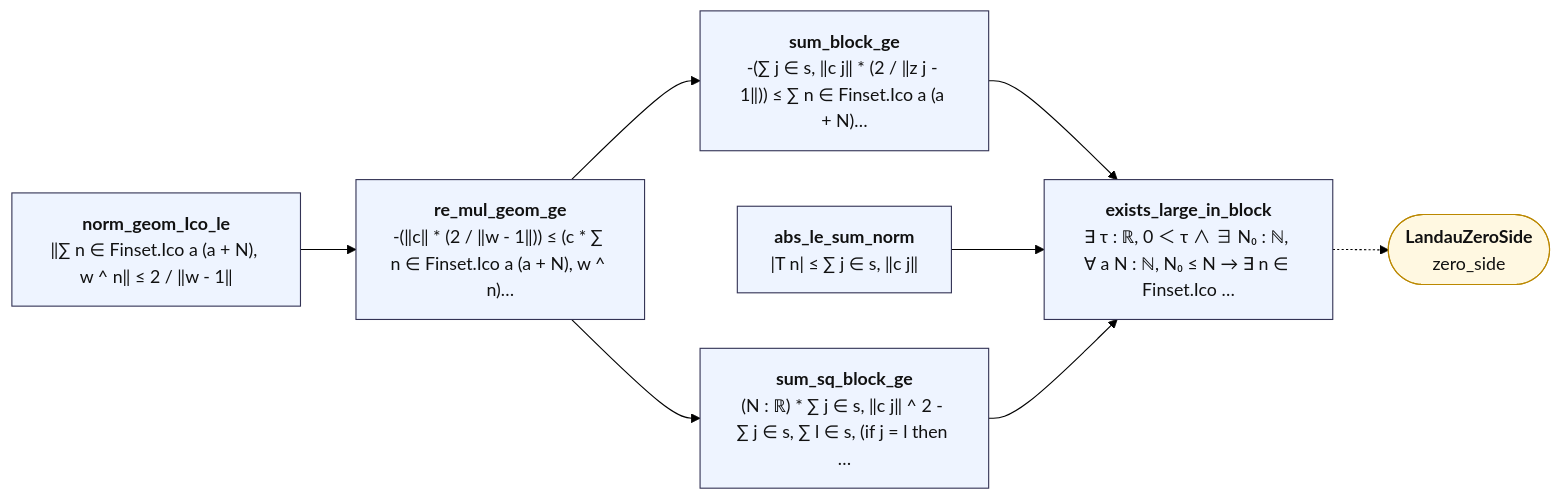
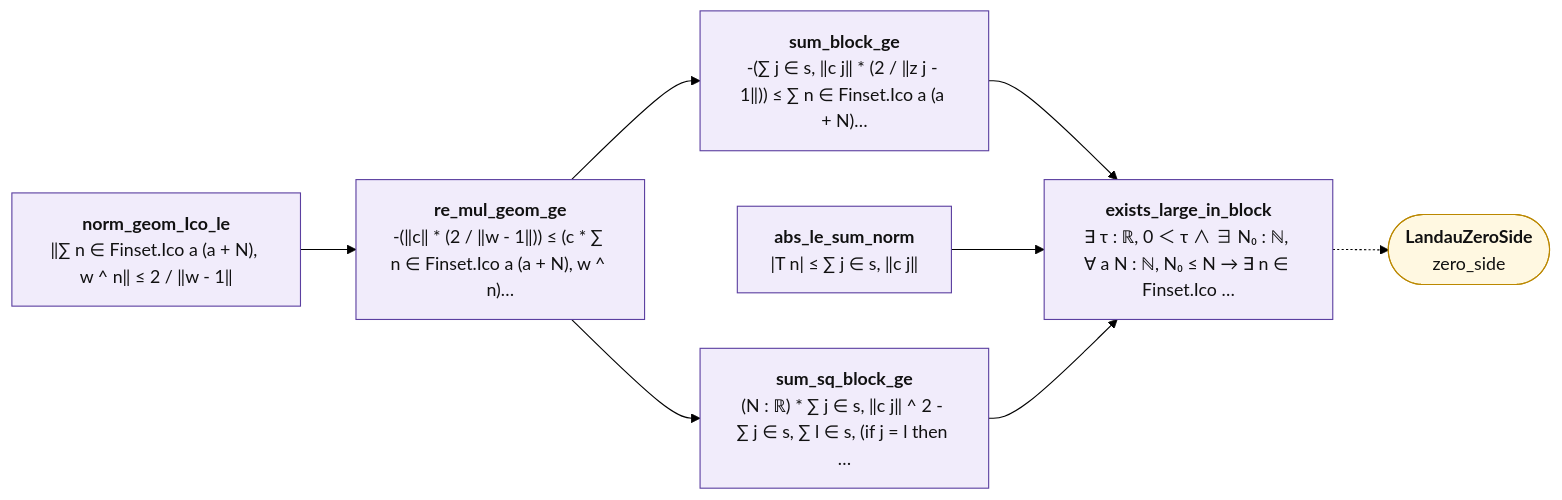
One commit to juliansambranojr/Primebeat_081426 changed the diagram in map/lean_stage3/LandauTrig.md. Above: the diagram before and after it, drawn with Mermaid (forest theme). The commit also changed other lines of this file and 398 other files, not shown here.

````diff
--- a/map/lean_stage3/LandauTrig.md
+++ b/map/lean_stage3/LandauTrig.md
@@ -12,22 +12,25 @@
 ```mermaid
 flowchart LR
-  n0["<b>norm_geom_Ico_le</b><br/>‖∑ n ∈ Finset.Ico a (a + N), w ^ n‖ ≤ 2 / ‖w - 1‖"]:::thm
-  n1["<b>re_mul_geom_ge</b><br/>-(‖c‖ * (2 / ‖w - 1‖)) ≤ (c * ∑ n ∈ Finset.Ico a (a + N), w ^ n)…"]:::thm
-  n2["<b>sum_block_ge</b><br/>-(∑ j ∈ s, ‖c j‖ * (2 / ‖z j - 1‖)) ≤ ∑ n ∈ Finset.Ico a (a + N)…"]:::thm
-  n3["<b>abs_le_sum_norm</b><br/>|T n| ≤ ∑ j ∈ s, ‖c j‖"]:::thm
-  n4["<b>sum_sq_block_ge</b><br/>(N : ℝ) * ∑ j ∈ s, ‖c j‖ ^ 2 - ∑ j ∈ s, ∑ l ∈ s, (if j = l then …"]:::thm
-  n5["<b>exists_large_in_block</b><br/>∃ τ : ℝ, 0 ＜ τ ∧ ∃ N₀ : ℕ, ∀ a N : ℕ, N₀ ≤ N → ∃ n ∈ Finset.Ico …"]:::thm
+  n0["<b>norm_geom_Ico_le</b><br/>‖∑ n ∈ Finset.Ico a (a + N), w ^ n‖ ≤ 2 / ‖w - 1‖"]:::shp
+  n1["<b>re_mul_geom_ge</b><br/>-(‖c‖ * (2 / ‖w - 1‖)) ≤ (c * ∑ n ∈ Finset.Ico a (a + N), w ^ n)…"]:::shp
+  n2["<b>sum_block_ge</b><br/>-(∑ j ∈ s, ‖c j‖ * (2 / ‖z j - 1‖)) ≤ ∑ n ∈ Finset.Ico a (a + N)…"]:::shp
+  n3["<b>abs_le_sum_norm</b><br/>|T n| ≤ ∑ j ∈ s, ‖c j‖"]:::shp
+  n4["<b>sum_sq_block_ge</b><br/>(N : ℝ) * ∑ j ∈ s, ‖c j‖ ^ 2 - ∑ j ∈ s, ∑ l ∈ s, (if j = l then …"]:::shp
+  n5["<b>exists_large_in_block</b><br/>∃ τ : ℝ, 0 ＜ τ ∧ ∃ N₀ : ℕ, ∀ a N : ℕ, N₀ ≤ N → ∃ n ∈ Finset.Ico …"]:::shp
   x0(["<b>LandauZeroSide</b><br/>zero_side"]):::ext
   n0 --> n1
   n1 --> n2
   n1 --> n4
   n2 --> n5
   n3 --> n5
   n4 --> n5
   n5 -.-> x0
+  classDef cnt fill:#dff5ec,stroke:#17694a,color:#111
+  classDef shp fill:#f1ecfb,stroke:#5b3fa0,color:#111
+  classDef rh fill:#ffe5e5,stroke:#c22,color:#111,stroke-width:2px
   classDef thm fill:#eef4ff,stroke:#335,color:#111
   classDef end_ fill:#e7f7e7,stroke:#2a7,color:#111,stroke-width:2px
   classDef lone fill:#fff,stroke:#999,color:#111,stroke-dasharray:4 3
   classDef bad fill:#ffe5e5,stroke:#c22,color:#111,stroke-width:2px
   classDef ext fill:#fff8e1,stroke:#b80,color:#111
 ```
````
